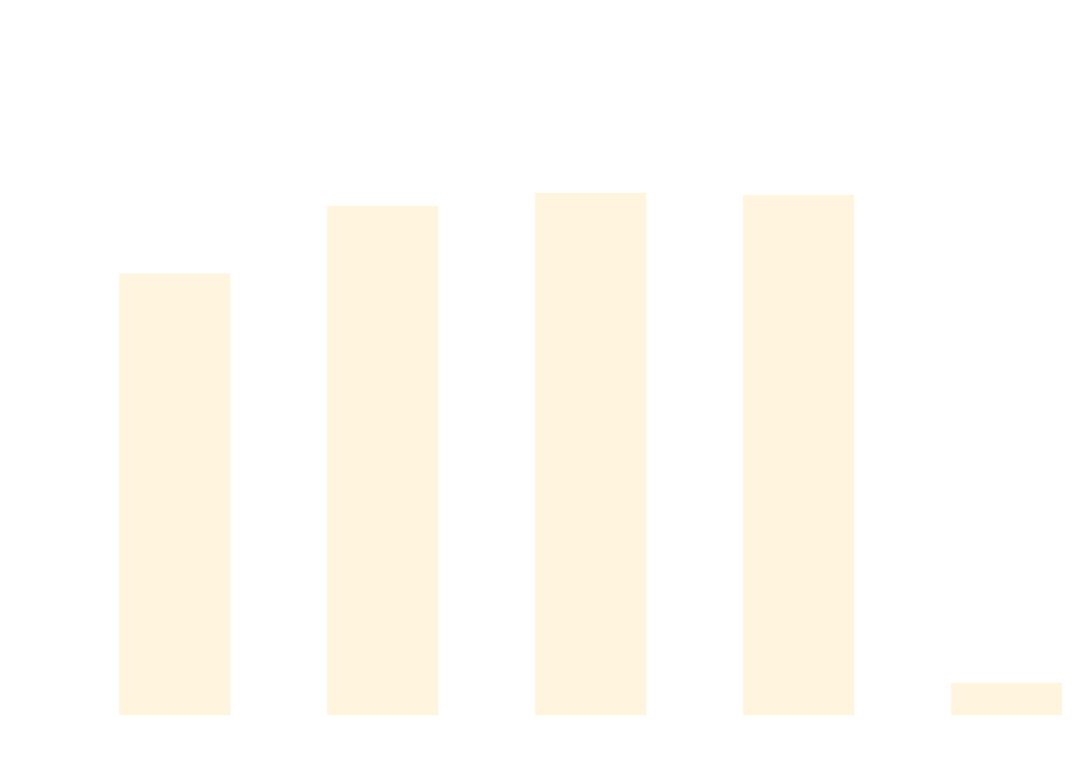
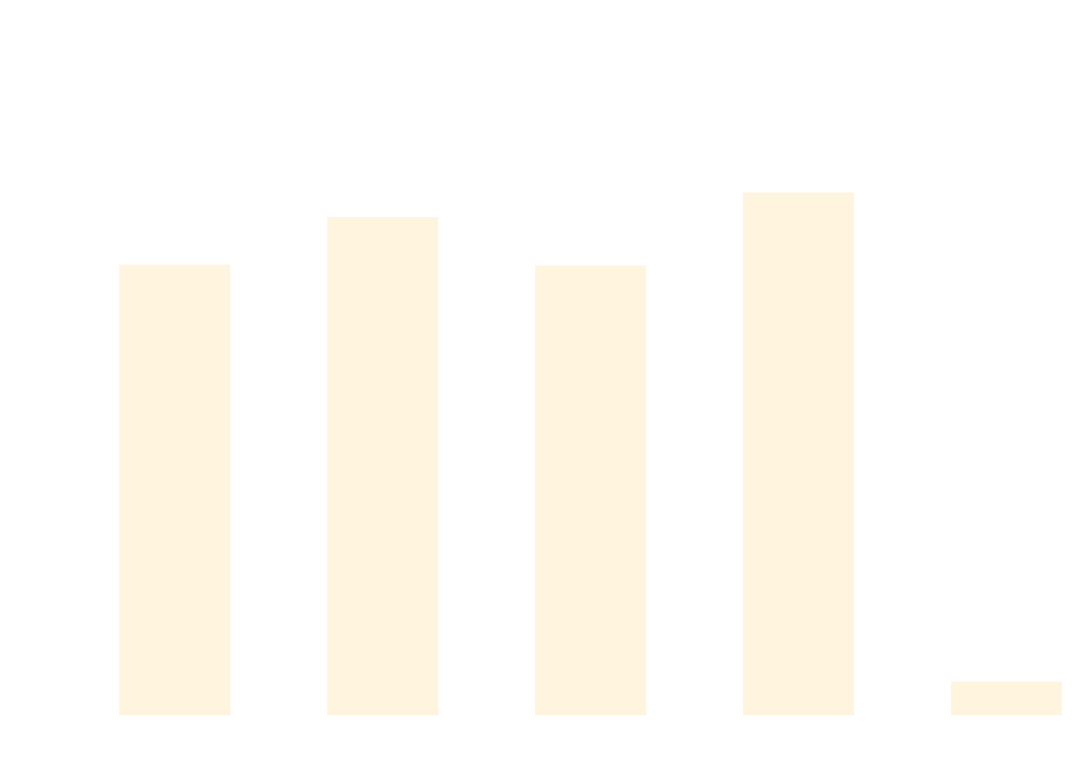
Before and after one commit to thomhurst/TUnit: the diagram in docs/docs/benchmarks/DataDrivenTests.md, drawn with Mermaid. The commit also changed other lines of this file and 17 other files, not shown here.

````diff
--- a/docs/docs/benchmarks/DataDrivenTests.md
+++ b/docs/docs/benchmarks/DataDrivenTests.md
@@ -27,37 +27,37 @@
 ```mermaid
 %%{init: {
   'theme':'base',
   'themeVariables': {
     'primaryColor': '#2563eb',
     'primaryTextColor': '#ffffff',
     'primaryBorderColor': '#1e40af',
     'lineColor': '#6b7280',
     'secondaryColor': '#7c3aed',
     'tertiaryColor': '#dc2626',
     'background': '#ffffff',
     'mainBkg': '#2563eb',
     'secondBkg': '#7c3aed',
     'tertiaryBkg': '#dc2626',
     'clusterBkg': '#f3f4f6',
     'edgeLabelBackground': '#ffffff',
     'tertiaryTextColor': '#1f2937',
     'pie1': '#2563eb',
     'pie2': '#7c3aed',
     'pie3': '#dc2626',
     'pie4': '#f59e0b',
     'pie5': '#10b981',
     'pie6': '#06b6d4',
     'pie7': '#ec4899',
     'pie8': '#6366f1',
     'pie9': '#84cc16',
     'pie10': '#f97316',
     'pie11': '#14b8a6',
     'pie12': '#a855f7'
   }
 }}%%
 xychart-beta
   title "DataDrivenTests Performance Comparison"
   x-axis ["TUnit", "NUnit", "MSTest", "xUnit3", "TUnit_AOT"]
-  y-axis "Time (ms)" 0 --> 721
-  bar [505.32, 584.91, 600.21, 597.87, 24.44]
+  y-axis "Time (ms)" 0 --> 704
+  bar [503.63, 558.08, 502.67, 586.34, 25.12]
 ```
````
